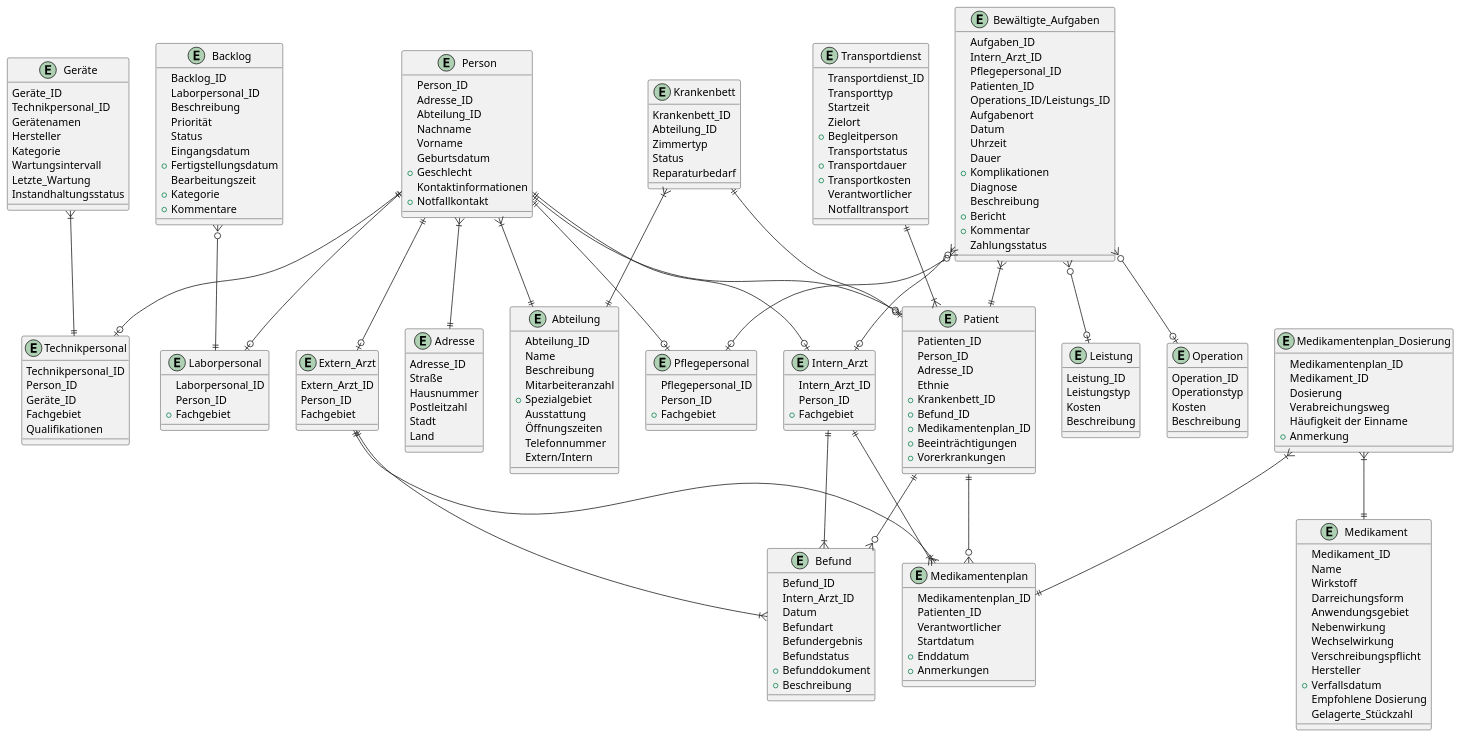
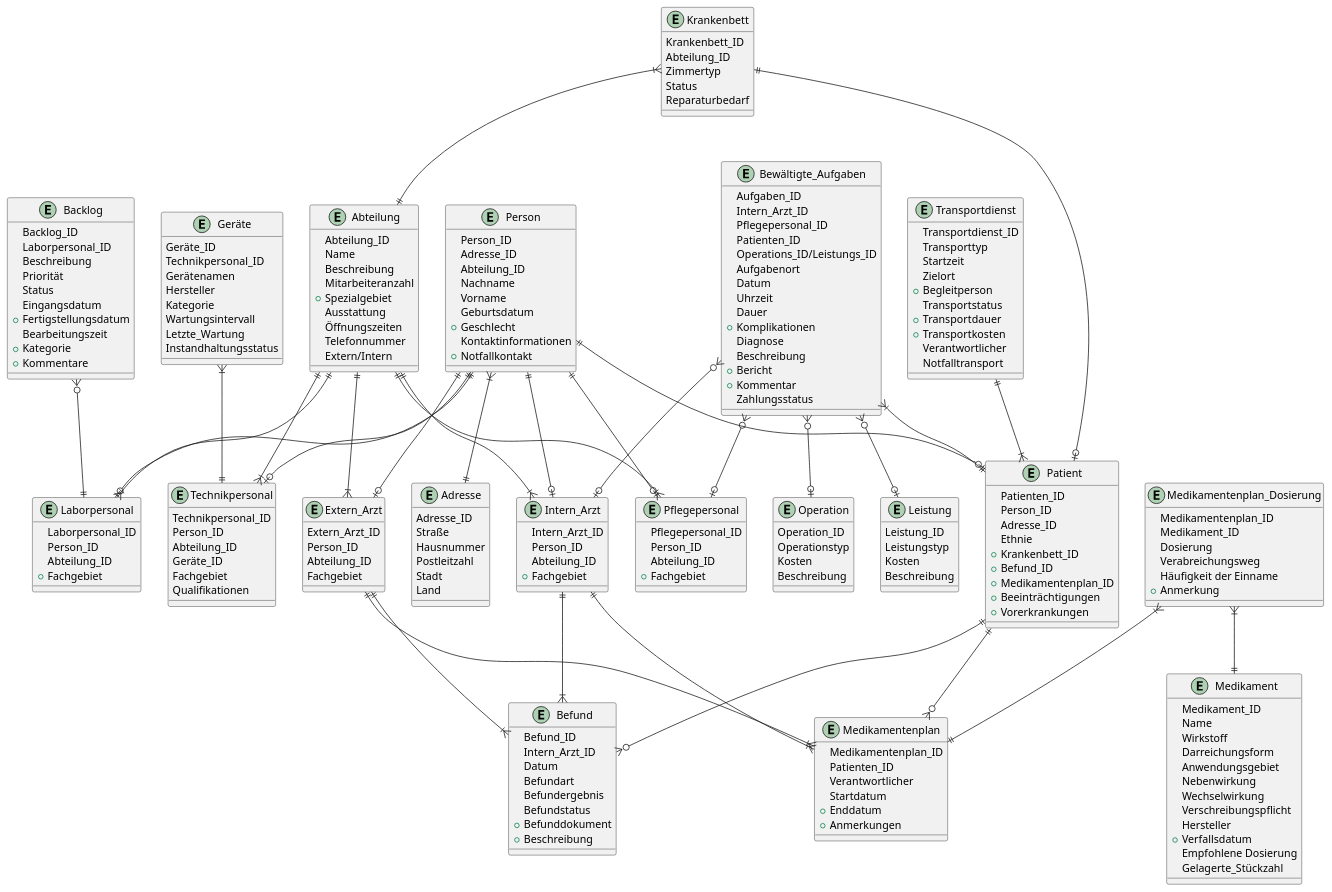
One commit to helenlaible/ss23-kba-project changed the third of 3 diagrams in docs/4_er-diagram/er-diagram.md. Above: the diagram before and after it, drawn with PlantUML.

```diff
--- a/docs/4_er-diagram/er-diagram.md
+++ b/docs/4_er-diagram/er-diagram.md
@@ -272,18 +272,21 @@
 entity "Intern_Arzt" as intern_arzt {
     Intern_Arzt_ID
     Person_ID
+    Abteilung_ID
   + Fachgebiet
 }
 
 entity "Extern_Arzt" as extern_arzt {
     Extern_Arzt_ID
     Person_ID
+    Abteilung_ID
     Fachgebiet
 }
 
 entity "Technikpersonal" as technikpersonal {
     Technikpersonal_ID
     Person_ID
+    Abteilung_ID
     Geräte_ID
     Fachgebiet
     Qualifikationen
@@ -292,12 +295,14 @@
 entity "Laborpersonal" as laborpersonal {
     Laborpersonal_ID
     Person_ID
+    Abteilung_ID
   + Fachgebiet
 }
 
 entity "Pflegepersonal" as pflegepersonal {
     Pflegepersonal_ID
     Person_ID
+    Abteilung_ID
   + Fachgebiet
 }
 
@@ -450,7 +455,12 @@
 person ||--o| laborpersonal
 person ||--o| pflegepersonal
 person }|--|| adresse
-person }|--|| abteilung
+
+abteilung ||--|{ extern_arzt
+abteilung ||--|{ intern_arzt
+abteilung ||--|{ laborpersonal
+abteilung ||--|{ technikpersonal
+abteilung ||--|{ pflegepersonal
 
 krankenbett ||--o| patient 
 krankenbett }|--|| abteilung
```
